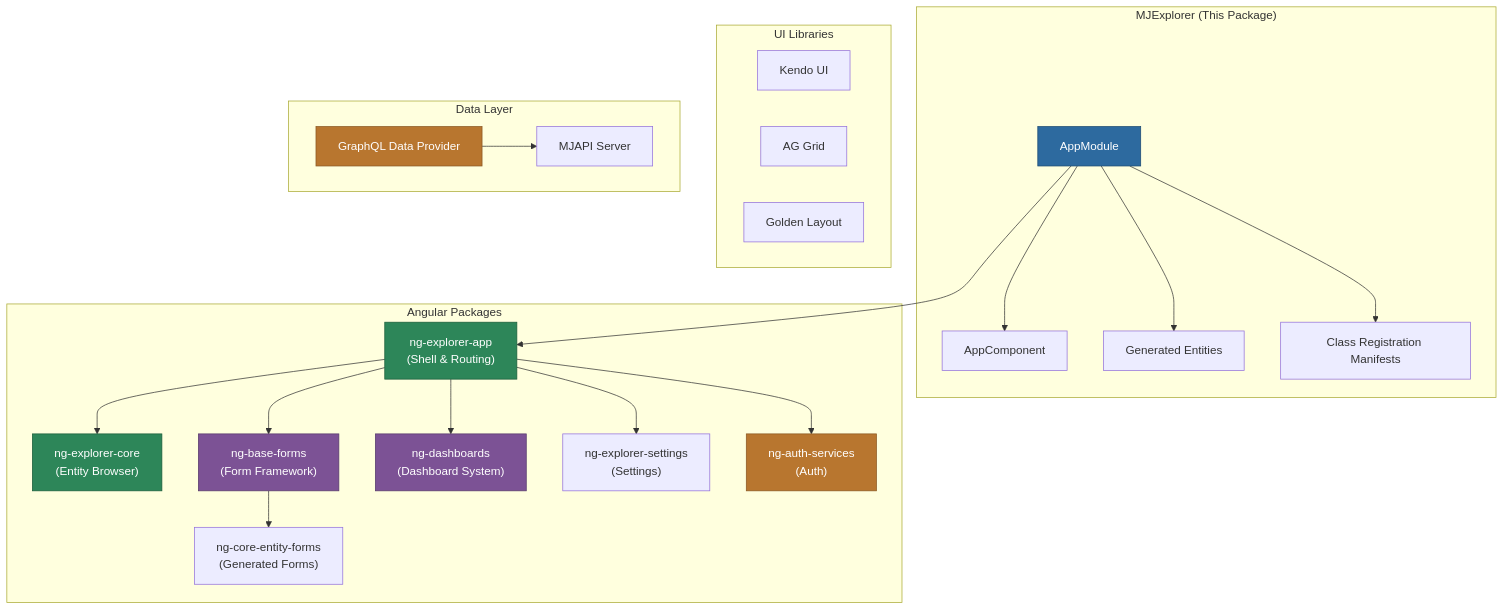
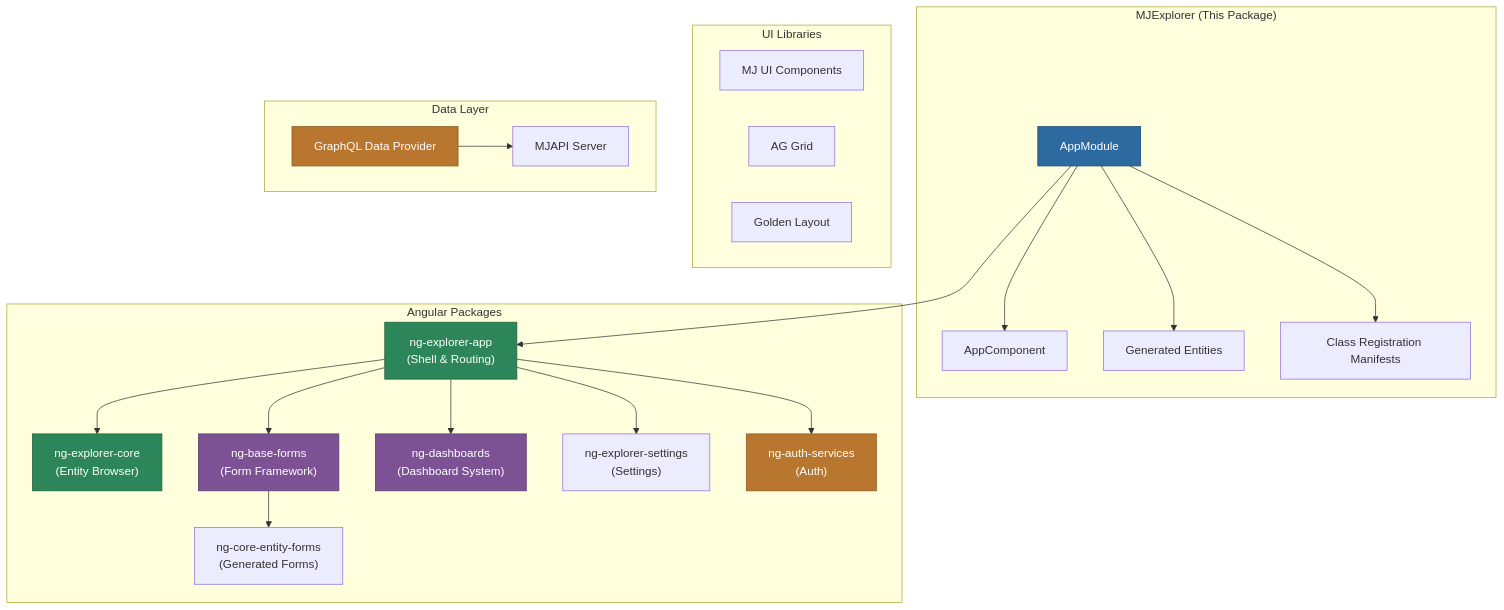
One commit to MemberJunction/MJ changed the first of 2 diagrams in packages/MJExplorer/README.md. Above: the diagram before and after it, drawn with Mermaid. The commit also changed other lines of this file and 117 other files, not shown here.

````diff
--- a/packages/MJExplorer/README.md
+++ b/packages/MJExplorer/README.md
@@ -7,47 +7,47 @@
 ```mermaid
 graph TD
     subgraph "MJExplorer (This Package)"
         A[AppModule] --> B[AppComponent]
         A --> C[Generated Entities]
         A --> D[Class Registration Manifests]
     end
 
     subgraph "Angular Packages"
         E["ng-explorer-app<br/>(Shell & Routing)"]
         F["ng-explorer-core<br/>(Entity Browser)"]
         G["ng-base-forms<br/>(Form Framework)"]
         H["ng-core-entity-forms<br/>(Generated Forms)"]
         I["ng-dashboards<br/>(Dashboard System)"]
         J["ng-explorer-settings<br/>(Settings)"]
         K["ng-auth-services<br/>(Auth)"]
     end
 
     A --> E
     E --> F
     E --> G
     G --> H
     E --> I
     E --> J
     E --> K
 
     subgraph "UI Libraries"
-        L["Kendo UI"]
+        L["MJ UI Components"]
         M["AG Grid"]
         N["Golden Layout"]
     end
 
     subgraph "Data Layer"
         O["GraphQL Data Provider"]
         P["MJAPI Server"]
     end
 
     O --> P
 
     style A fill:#2d6a9f,stroke:#1a4971,color:#fff
     style E fill:#2d8659,stroke:#1a5c3a,color:#fff
     style F fill:#2d8659,stroke:#1a5c3a,color:#fff
     style G fill:#7c5295,stroke:#563a6b,color:#fff
     style I fill:#7c5295,stroke:#563a6b,color:#fff
     style K fill:#b8762f,stroke:#8a5722,color:#fff
     style O fill:#b8762f,stroke:#8a5722,color:#fff
 ```
````
